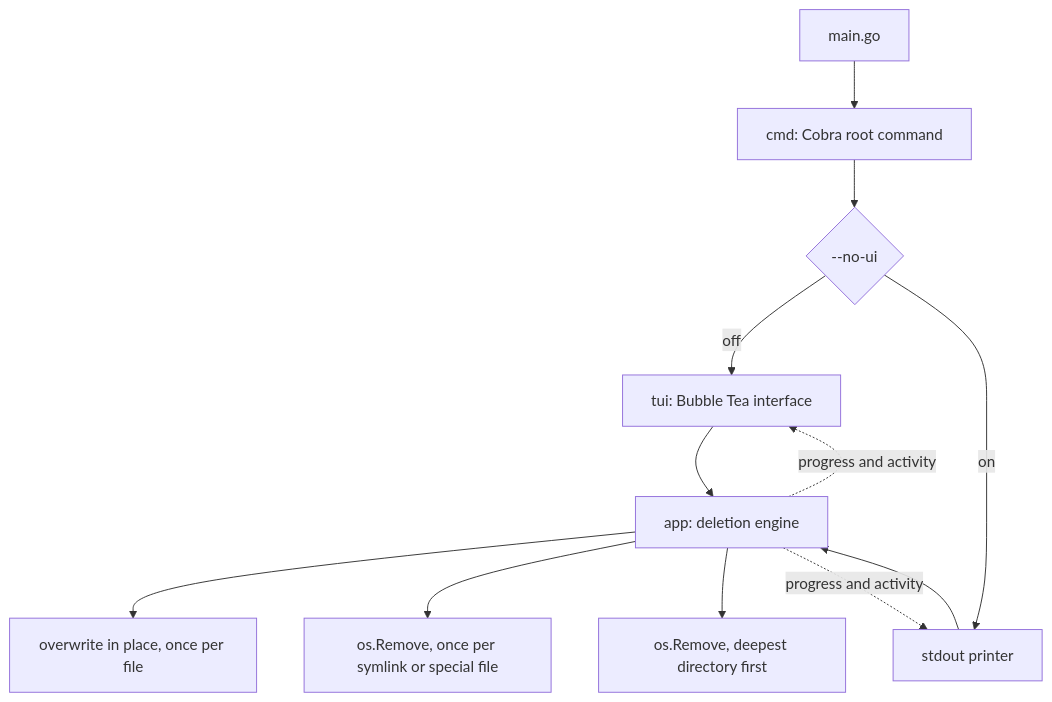
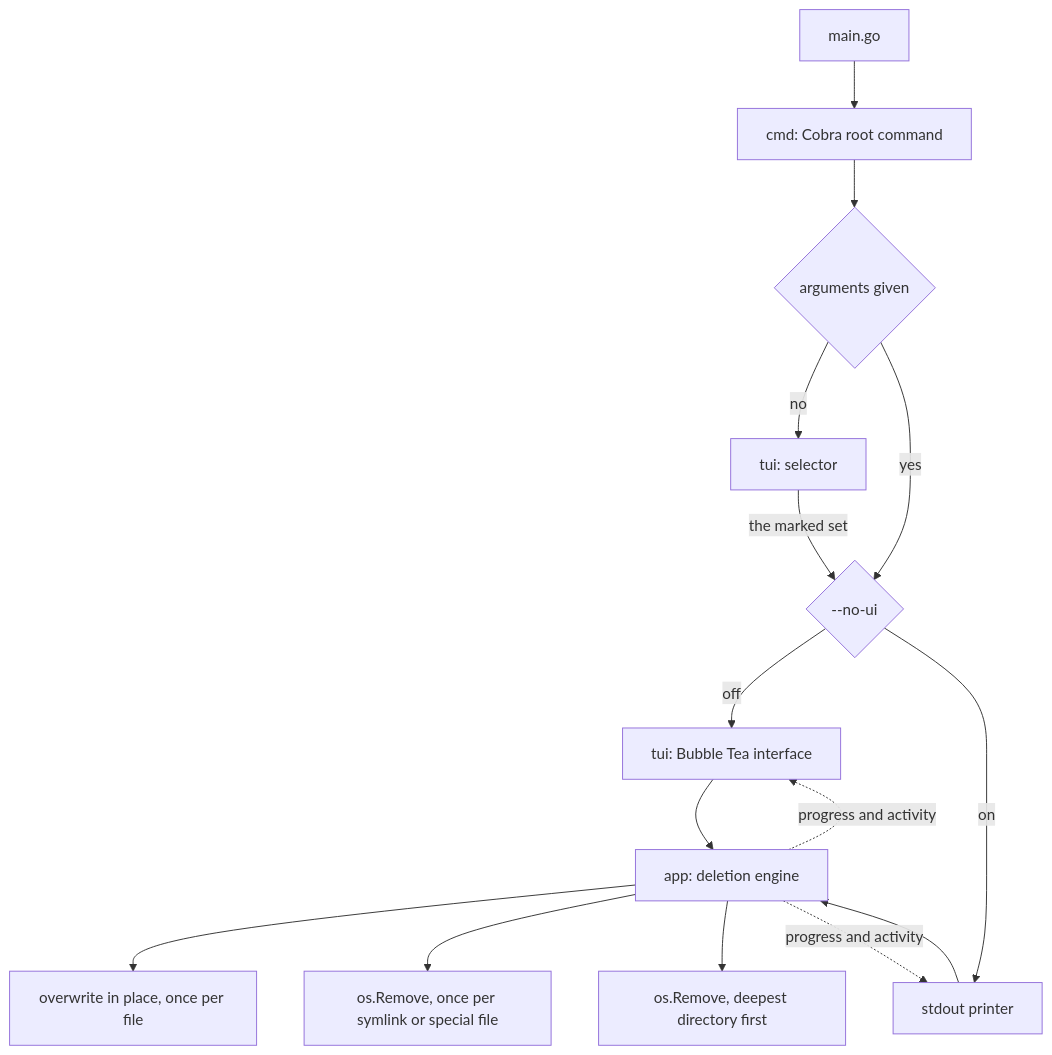
Before and after one commit to GF6599/blank: the diagram in README.md, drawn with Mermaid. The commit also changed other lines of this file, not shown here.

Commit message:
📝 docs: Describe the selector and the activity filter

````diff
--- a/README.md
+++ b/README.md
@@ -16,14 +16,17 @@
 ```mermaid
 graph TD
     A[main.go] --> B[cmd: Cobra root command]
-    B --> C{--no-ui}
+    B --> S{arguments given}
+    S -->|no| P[tui: selector]
+    S -->|yes| C
+    P -->|the marked set| C{--no-ui}
     C -->|off| D[tui: Bubble Tea interface]
     C -->|on| E[stdout printer]
     D --> F[app: deletion engine]
     E --> F
     F --> G["overwrite in place, once per file"]
     F --> I["os.Remove, once per symlink or special file"]
     F --> H["os.Remove, deepest directory first"]
     F -. progress and activity .-> D
     F -. progress and activity .-> E
 ```
````
